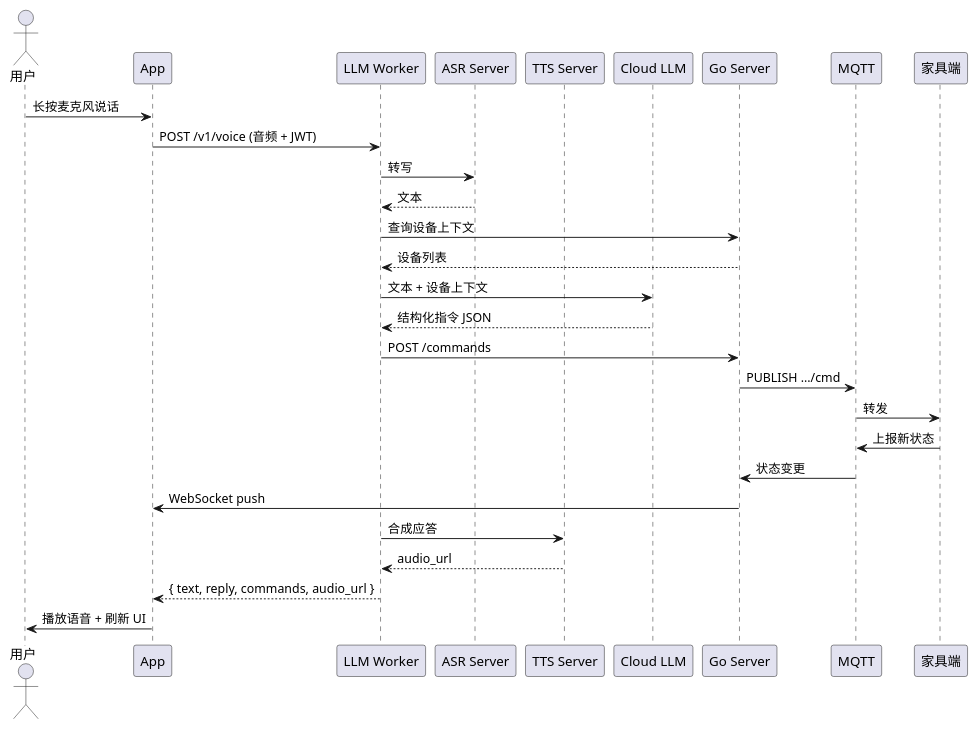
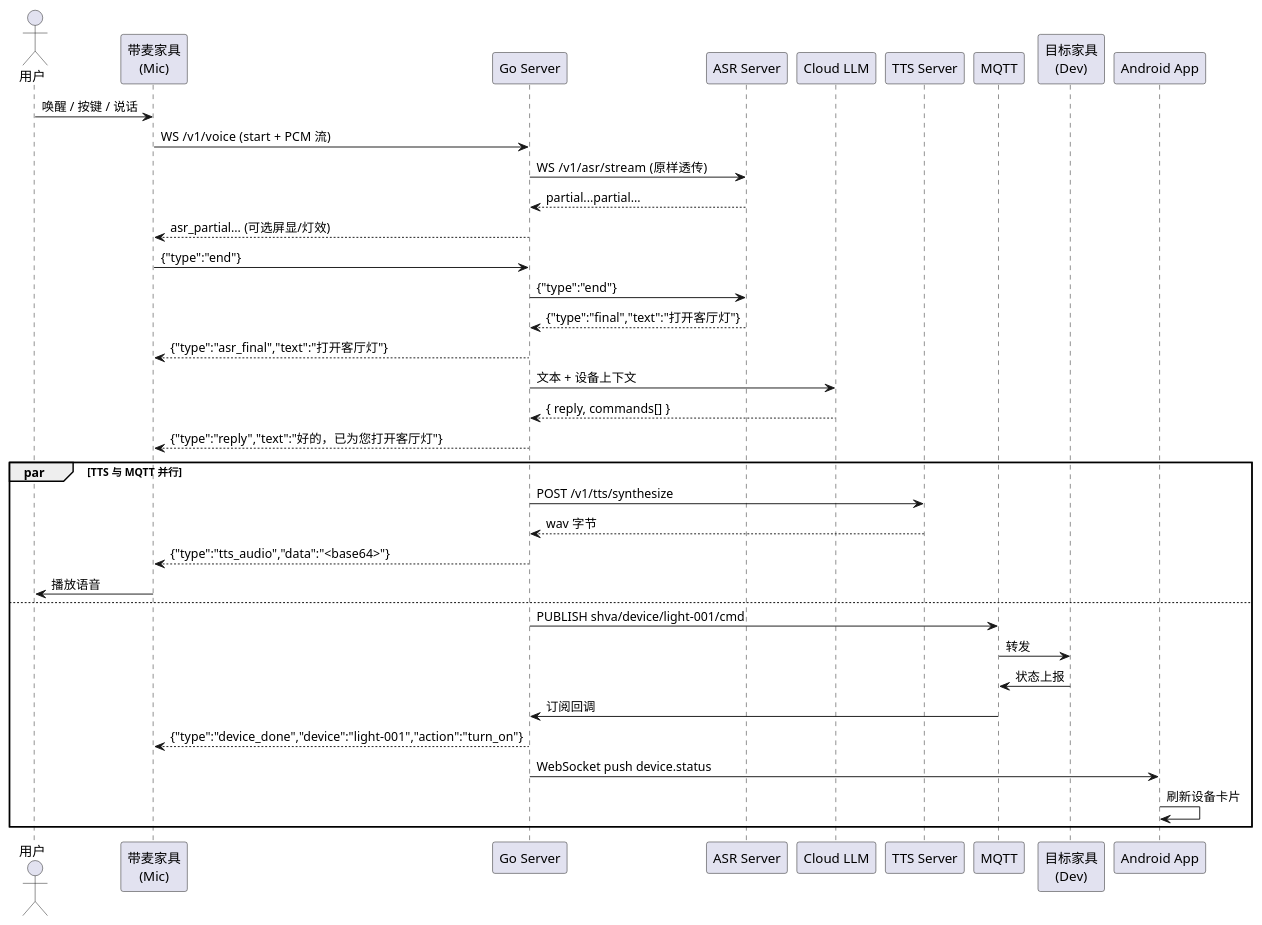
The fifth of 6 diagrams in docs/03-软件设计文档.md (Yoruko666/Taffy-Assistant), drawn with PlantUML before and after one commit. The commit also changed other lines of this file and 3 other files, not shown here.

````diff
--- a/docs/03-软件设计文档.md
+++ b/docs/03-软件设计文档.md
@@ -456,32 +494,40 @@
 ```plantuml
 @startuml
 actor 用户
-participant App
-participant "LLM Worker" as LLM
-participant "ASR Server" as ASR
-participant "TTS Server" as TTS
-participant "Cloud LLM"  as Cloud
-participant "Go Server"  as Srv
-participant MQTT as MQ
-participant 家具端 as Dev
+participant "带麦家具\n(Mic)"   as Mic
+participant "Go Server"         as Srv
+participant "ASR Server"        as ASR
+participant "Cloud LLM"         as Cloud
+participant "TTS Server"        as TTS
+participant MQTT                as MQ
+participant "目标家具\n(Dev)"   as Dev
+participant "Android App"       as App
 
-用户 -> App : 长按麦克风说话
-App -> LLM : POST /v1/voice (音频 + JWT)
-LLM -> ASR : 转写
-ASR --> LLM : 文本
-LLM -> Srv : 查询设备上下文
-Srv --> LLM : 设备列表
-LLM -> Cloud : 文本 + 设备上下文
-Cloud --> LLM : 结构化指令 JSON
-LLM -> Srv : POST /commands
-Srv -> MQ  : PUBLISH .../cmd
-MQ -> Dev  : 转发
-Dev -> MQ  : 上报新状态
-MQ -> Srv  : 状态变更
-Srv -> App : WebSocket push
-LLM -> TTS : 合成应答
-TTS --> LLM : audio_url
-LLM --> App : { text, reply, commands, audio_url }
-App -> 用户 : 播放语音 + 刷新 UI
+用户 -> Mic : 唤醒 / 按键 / 说话
+Mic  -> Srv : WS /v1/voice  (start + PCM 流)
+Srv  -> ASR : WS /v1/asr/stream  (原样透传)
+ASR --> Srv : partial...partial...
+Srv --> Mic : asr_partial... (可选屏显/灯效)
+Mic  -> Srv : {"type":"end"}
+Srv  -> ASR : {"type":"end"}
+ASR --> Srv : {"type":"final","text":"打开客厅灯"}
+Srv --> Mic : {"type":"asr_final","text":"打开客厅灯"}
+Srv  -> Cloud : 文本 + 设备上下文
+Cloud --> Srv : { reply, commands[] }
+Srv --> Mic : {"type":"reply","text":"好的，已为您打开客厅灯"}
+par TTS 与 MQTT 并行
+  Srv -> TTS : POST /v1/tts/synthesize
+  TTS --> Srv : wav 字节
+  Srv --> Mic : {"type":"tts_audio","data":"<base64>"}
+  Mic -> 用户 : 播放语音
+else
+  Srv -> MQ  : PUBLISH shva/device/light-001/cmd
+  MQ  -> Dev : 转发
+  Dev -> MQ  : 状态上报
+  MQ  -> Srv : 订阅回调
+  Srv --> Mic : {"type":"device_done","device":"light-001","action":"turn_on"}
+  Srv -> App : WebSocket push device.status
+  App -> App : 刷新设备卡片
+end
 @enduml
 ```
````
